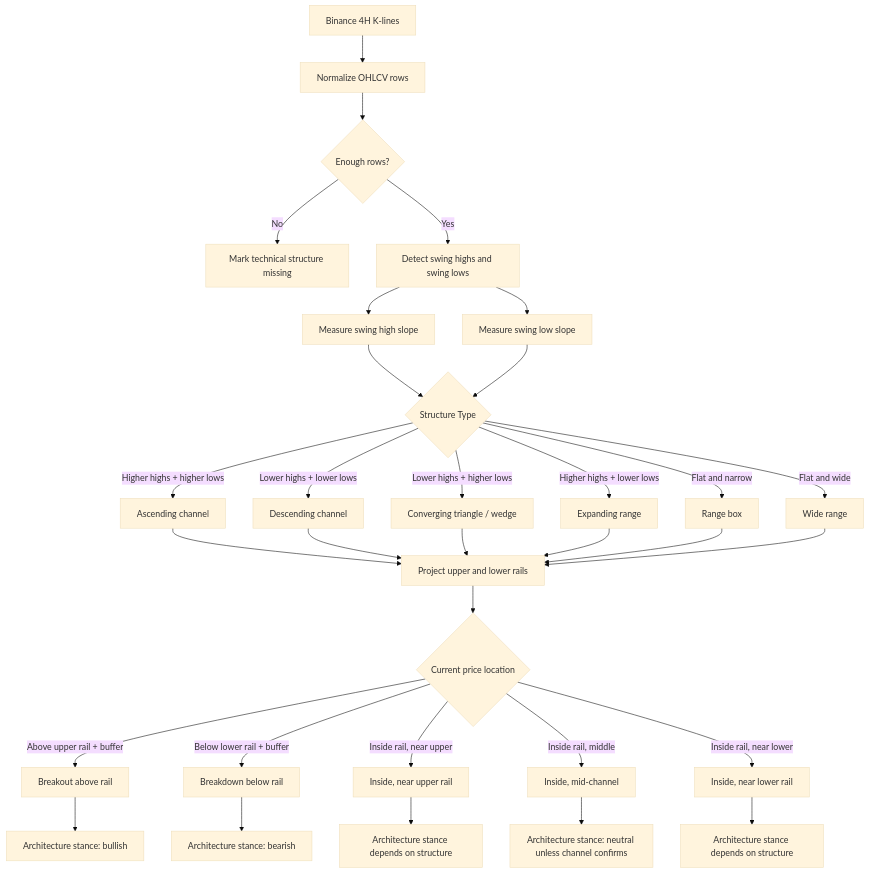
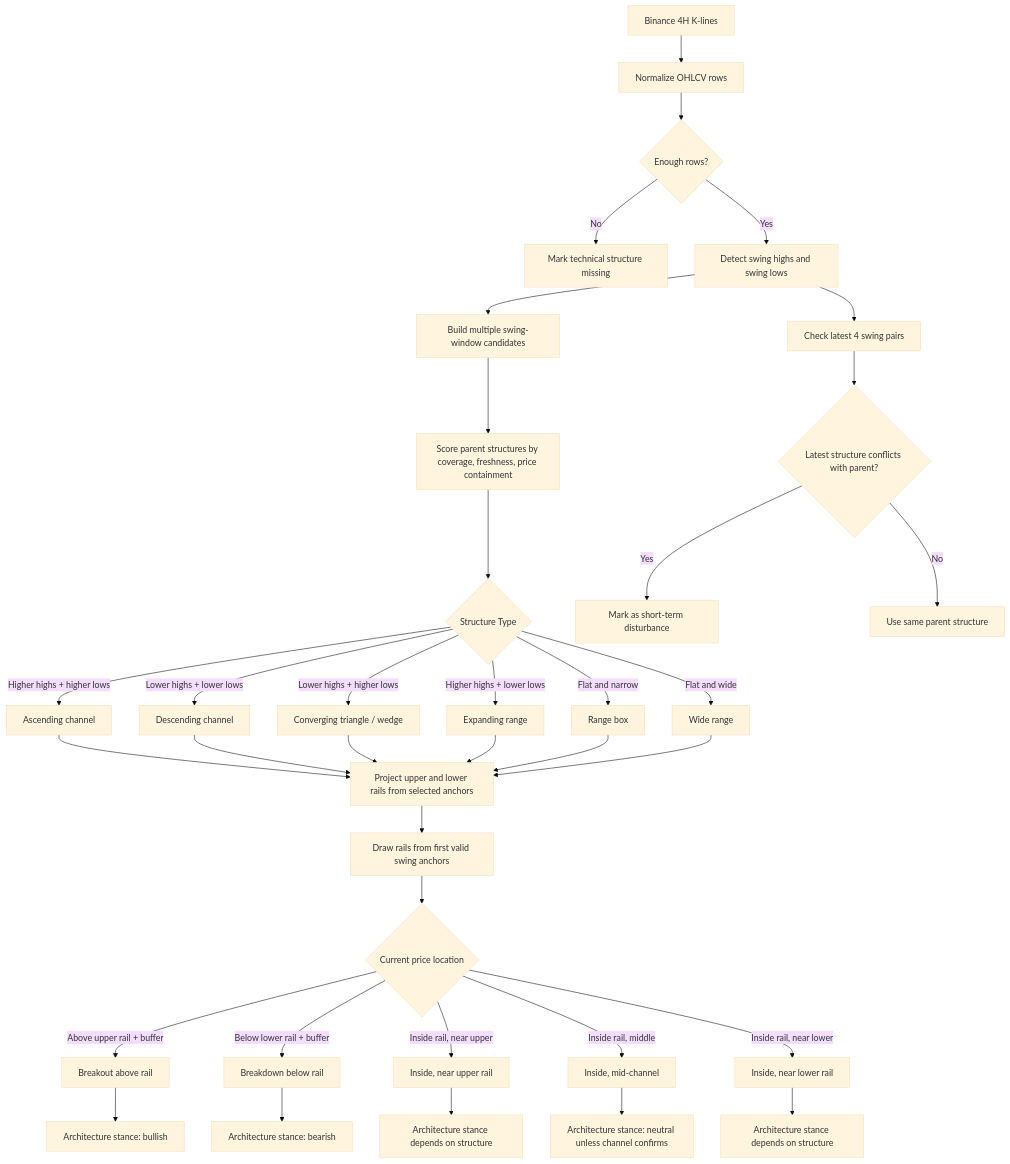
The first of 3 diagrams in docs/TECHNICAL_ARCHITECTURE.md (Lzh-xbccz/hermes-finance), drawn with Mermaid (base theme) before and after one commit. The commit also changed 6 other files, not shown here.

Commit message:
fix: keep parent crypto market structure

````diff
--- a/docs/TECHNICAL_ARCHITECTURE.md
+++ b/docs/TECHNICAL_ARCHITECTURE.md
@@ -7,39 +7,44 @@
 ```mermaid
 flowchart TD
     A[Binance 4H K-lines] --> B[Normalize OHLCV rows]
     B --> C{Enough rows?}
     C -- No --> C1[Mark technical structure missing]
     C -- Yes --> D[Detect swing highs and swing lows]
 
-    D --> E[Measure swing high slope]
-    D --> F[Measure swing low slope]
-    E --> G{Structure Type}
-    F --> G
+    D --> E[Build multiple swing-window candidates]
+    E --> F[Score parent structures by coverage, freshness, price containment]
+    F --> G{Structure Type}
 
     G -- Higher highs + higher lows --> G1[Ascending channel]
     G -- Lower highs + lower lows --> G2[Descending channel]
     G -- Lower highs + higher lows --> G3[Converging triangle / wedge]
     G -- Higher highs + lower lows --> G4[Expanding range]
     G -- Flat and narrow --> G5[Range box]
     G -- Flat and wide --> G6[Wide range]
 
-    G1 --> H[Project upper and lower rails]
+    G1 --> H[Project upper and lower rails from selected anchors]
     G2 --> H
     G3 --> H
     G4 --> H
     G5 --> H
     G6 --> H
 
-    H --> I{Current price location}
+    H --> H1[Draw rails from first valid swing anchors]
+    D --> H2[Check latest 4 swing pairs]
+    H2 --> H3{Latest structure conflicts with parent?}
+    H3 -- Yes --> H4[Mark as short-term disturbance]
+    H3 -- No --> H5[Use same parent structure]
+
+    H1 --> I{Current price location}
     I -- Above upper rail + buffer --> I1[Breakout above rail]
     I -- Below lower rail + buffer --> I2[Breakdown below rail]
     I -- Inside rail, near upper --> I3[Inside, near upper rail]
     I -- Inside rail, middle --> I4[Inside, mid-channel]
     I -- Inside rail, near lower --> I5[Inside, near lower rail]
 
     I1 --> J1[Architecture stance: bullish]
     I2 --> J2[Architecture stance: bearish]
     I3 --> J3[Architecture stance depends on structure]
     I4 --> J4[Architecture stance: neutral unless channel confirms]
     I5 --> J5[Architecture stance depends on structure]
 ```
````
